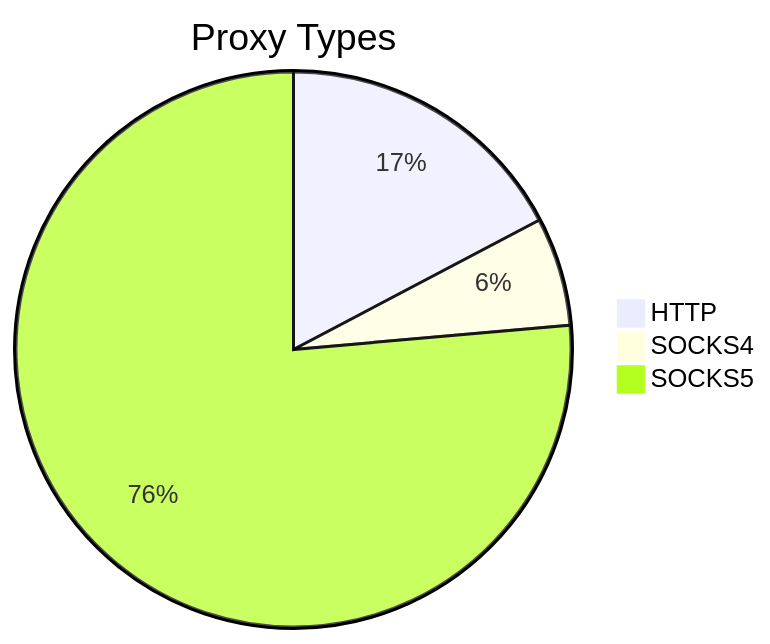
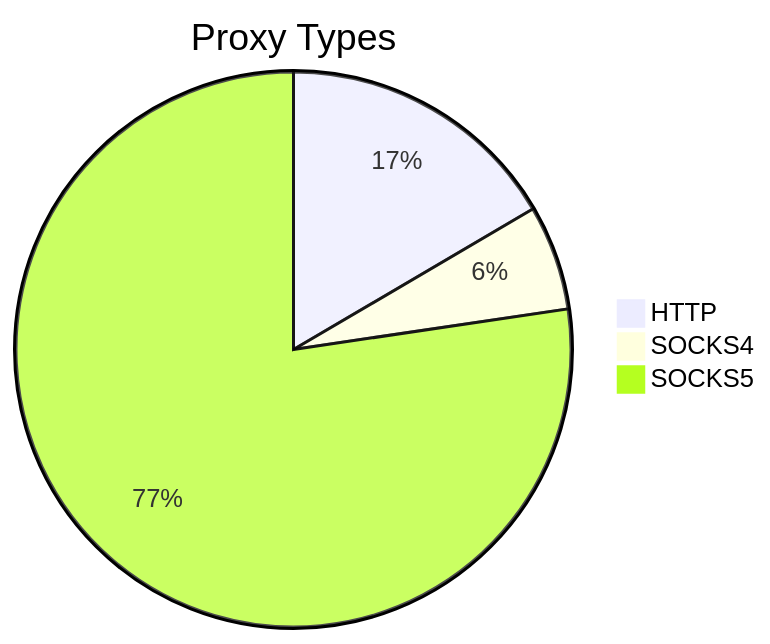
One commit to stormsia/proxy-list changed the first of 2 diagrams in README.md. Above: the diagram before and after it, drawn with Mermaid. The commit also changed other lines of this file, not shown here.

````diff
--- a/README.md
+++ b/README.md
@@ -21,6 +21,6 @@
 ```mermaid
 pie title Proxy Types
-    "HTTP" : 93
+    "HTTP" : 92
     "SOCKS4" : 34
-    "SOCKS5" : 411
+    "SOCKS5" : 430
 ```
````
